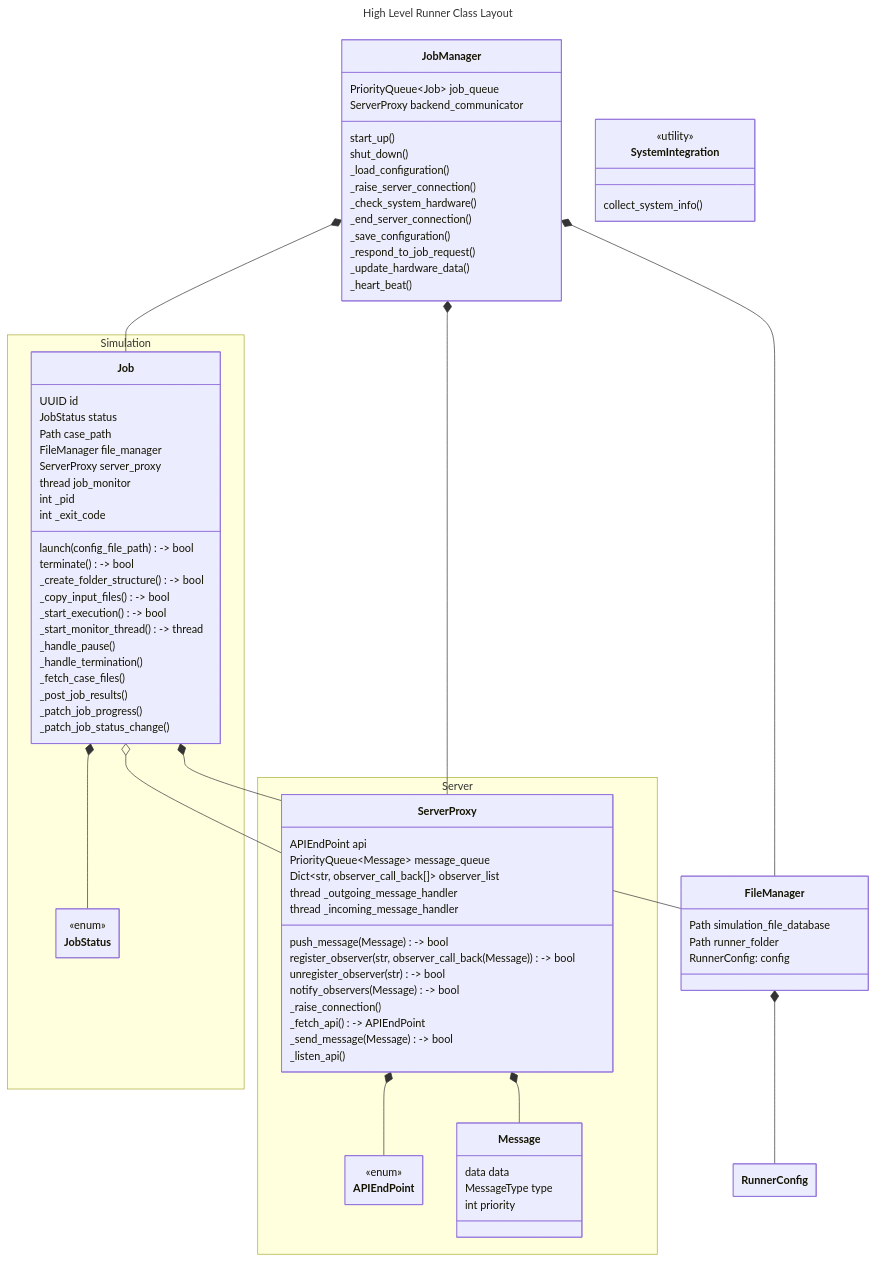
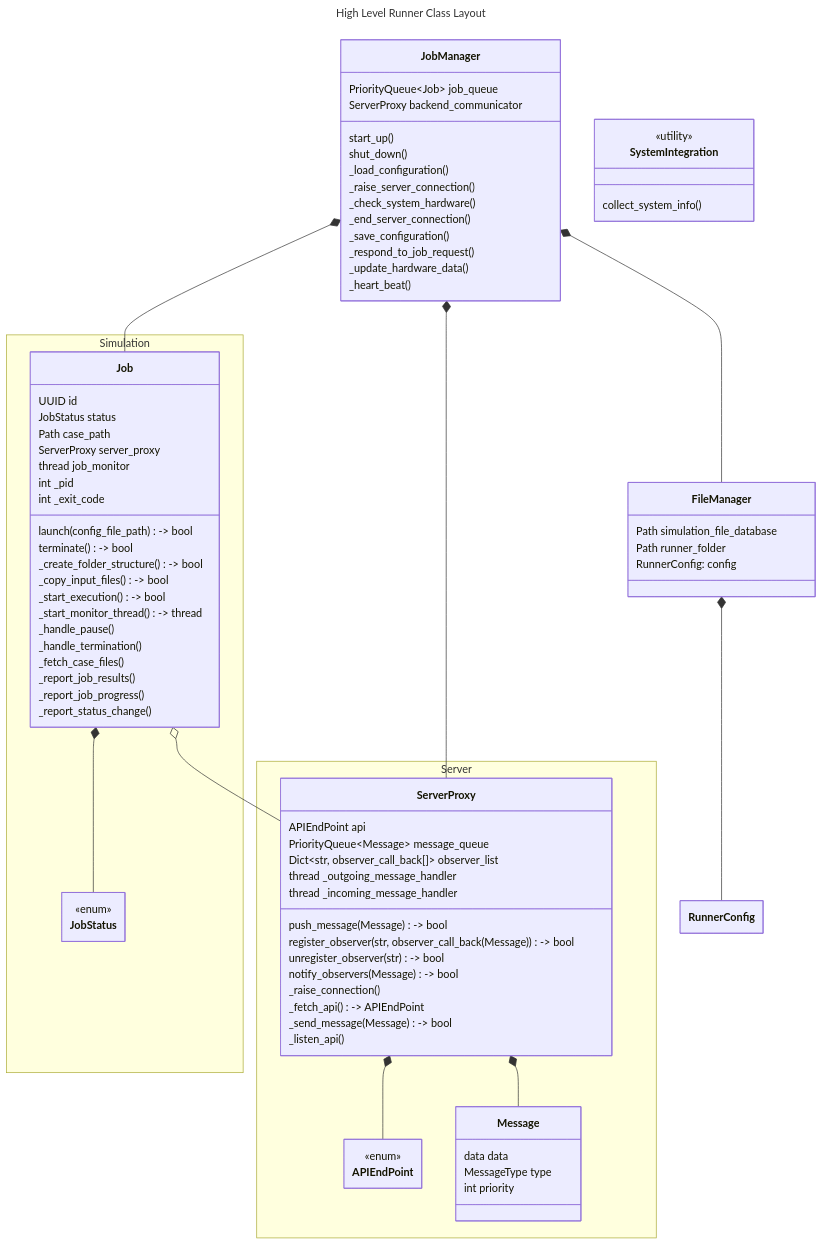
One commit to fyn-tech/fyn-runner changed the diagram in docs/primary_design.md. Above: the diagram before and after it, drawn with Mermaid. The commit also changed 3 other files, not shown here.

```diff
--- a/docs/primary_design.md
+++ b/docs/primary_design.md
@@ -82,8 +82,6 @@
   JobManager *--ServerProxy
   JobManager *-- FileManager
 
-
-  Job *-- FileManager
   Job *-- JobStatus
   Job o-- ServerProxy
 
@@ -128,7 +126,6 @@
       JobStatus status
       Path case_path
 
-      FileManager file_manager
       ServerProxy server_proxy
       thread job_monitor
 
@@ -149,9 +146,9 @@
       _handle_pause()
       _handle_termination()
       _fetch_case_files()
-      _post_job_results()
-      _patch_job_progress()
-      _patch_job_status_change()
+      _report_job_results()
+      _report_job_progress()
+      _report_status_change()
     }
 
     class JobStatus {
```
